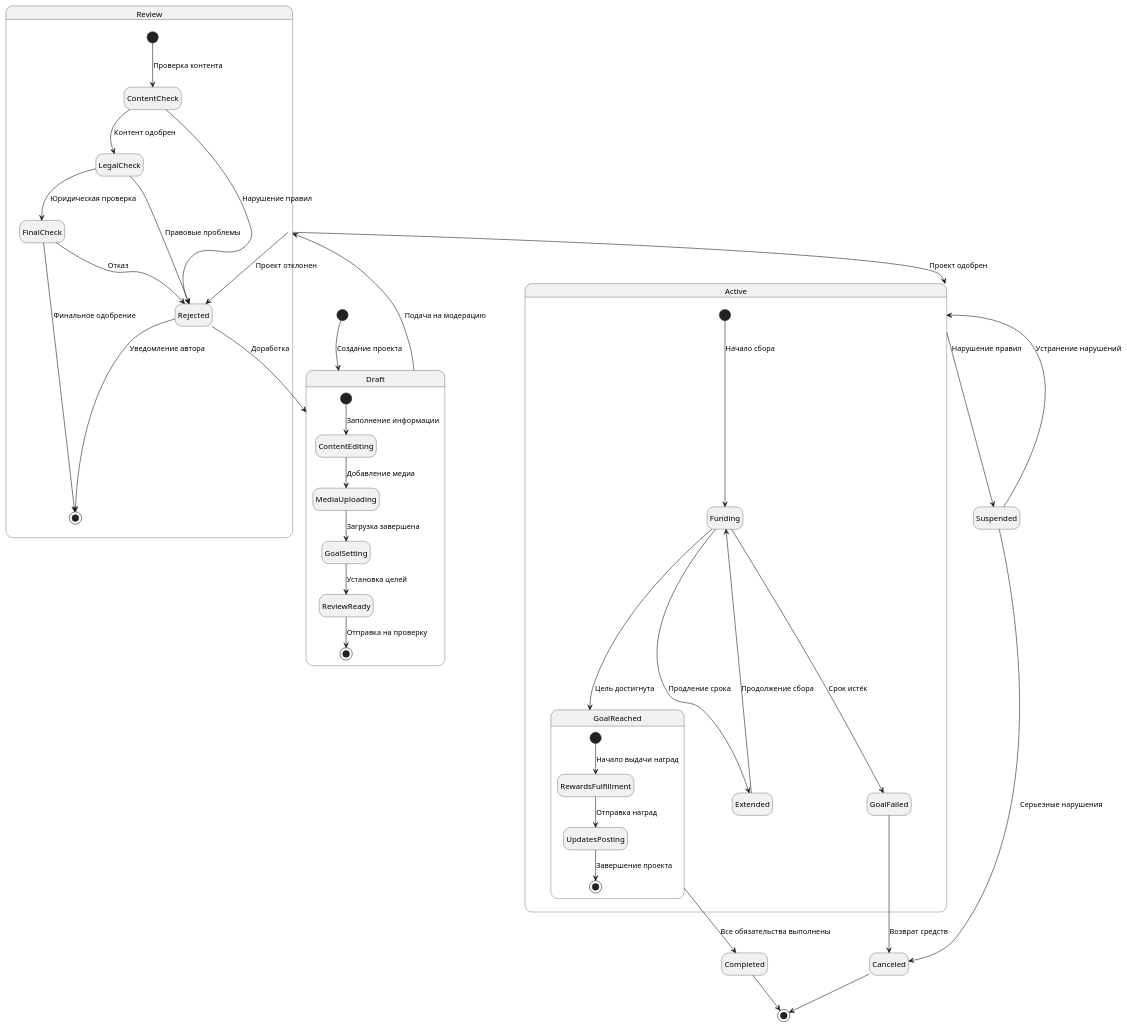
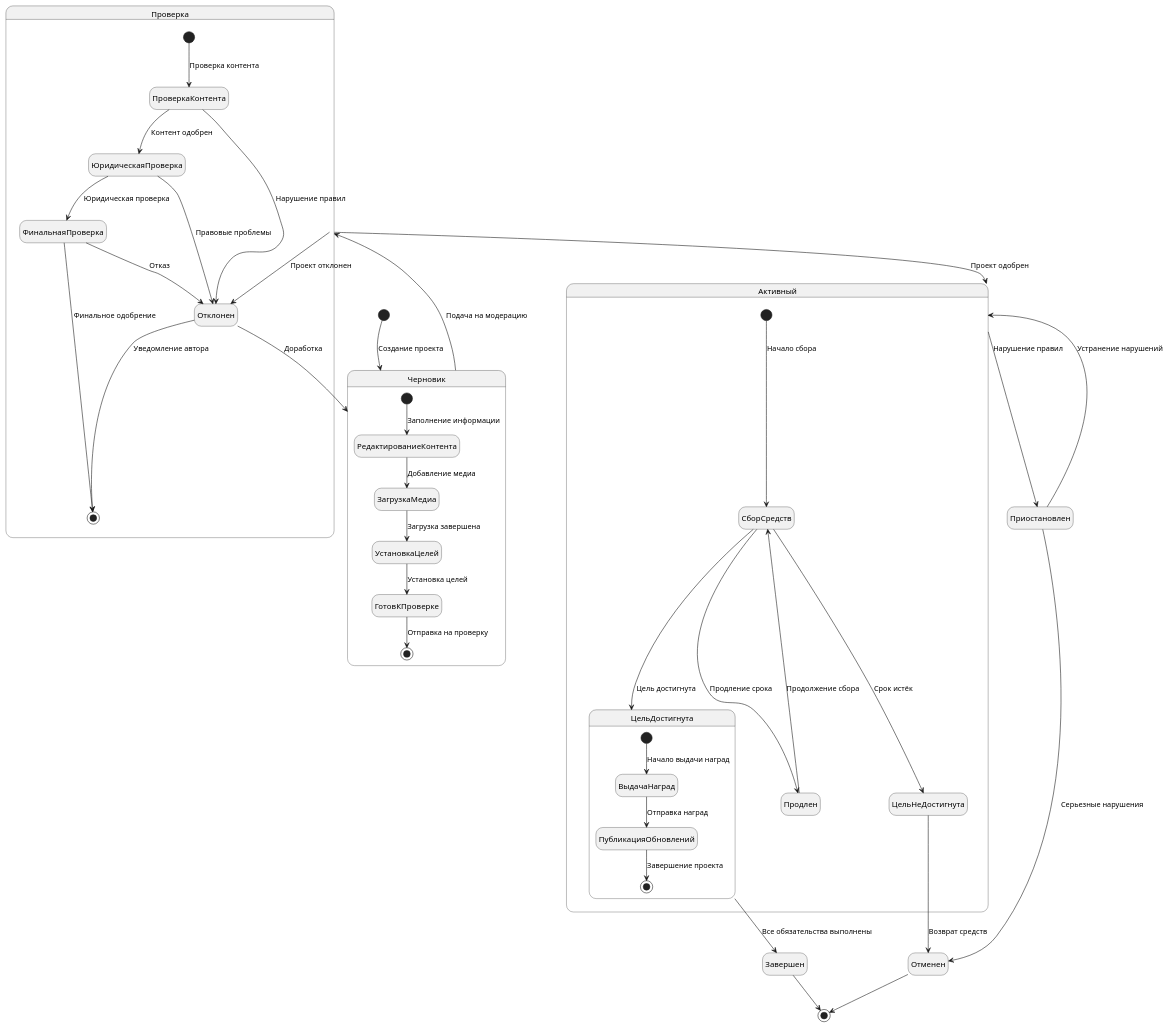
One commit to Dmksm/TRPO changed the diagram in project-doc/2. Технический проект/state.puml. Above: the diagram before and after it, drawn with PlantUML.

Commit message:
Исправил state

```diff
--- a/project-doc/2. Технический проект/state.puml
+++ b/project-doc/2. Технический проект/state.puml
@@ -1,56 +1,56 @@
 @startuml
 top to bottom direction
 hide empty description
 skinparam nodesep 65
 
-[*] --> Draft : Создание проекта
+[*] --> Черновик : Создание проекта
 
-state Draft {
-  [*] --> ContentEditing : Заполнение информации
-  ContentEditing --> MediaUploading : Добавление медиа
-  MediaUploading --> GoalSetting : Загрузка завершена
-  GoalSetting --> ReviewReady : Установка целей
-  ReviewReady --> [*] : Отправка на проверку
+state Черновик {
+  [*] --> РедактированиеКонтента : Заполнение информации
+  РедактированиеКонтента --> ЗагрузкаМедиа : Добавление медиа
+  ЗагрузкаМедиа --> УстановкаЦелей : Загрузка завершена
+  УстановкаЦелей --> ГотовКПроверке : Установка целей
+  ГотовКПроверке --> [*] : Отправка на проверку
 }
 
-Draft --> Review : Подача на модерацию
+Черновик --> Проверка : Подача на модерацию
 
-state Review {
-  [*] --> ContentCheck : Проверка контента
-  ContentCheck --> LegalCheck : Контент одобрен
-  LegalCheck --> FinalCheck : Юридическая проверка
-  ContentCheck --> Rejected : Нарушение правил
-  LegalCheck --> Rejected : Правовые проблемы
-  FinalCheck --> [*] : Финальное одобрение
-  FinalCheck --> Rejected : Отказ
-  Rejected --> [*] : Уведомление автора
+state Проверка {
+  [*] --> ПроверкаКонтента : Проверка контента
+  ПроверкаКонтента --> ЮридическаяПроверка : Контент одобрен
+  ЮридическаяПроверка --> ФинальнаяПроверка : Юридическая проверка
+  ПроверкаКонтента --> Отклонен : Нарушение правил
+  ЮридическаяПроверка --> Отклонен : Правовые проблемы
+  ФинальнаяПроверка --> [*] : Финальное одобрение
+  ФинальнаяПроверка --> Отклонен : Отказ
+  Отклонен --> [*] : Уведомление автора
 }
 
-Review --> Active : Проект одобрен
-Review --> Rejected : Проект отклонен
-Rejected --> Draft : Доработка
+Проверка --> Активный : Проект одобрен
+Проверка --> Отклонен : Проект отклонен
+Отклонен --> Черновик : Доработка
 
-state Active {
-  [*] --> Funding : Начало сбора
-  Funding --> Extended : Продление срока
-  Extended --> Funding : Продолжение сбора
-  Funding --> GoalReached : Цель достигнута
-  Funding --> GoalFailed : Срок истёк
+state Активный {
+  [*] --> СборСредств : Начало сбора
+  СборСредств --> Продлен : Продление срока
+  Продлен --> СборСредств : Продолжение сбора
+  СборСредств --> ЦельДостигнута : Цель достигнута
+  СборСредств --> ЦельНеДостигнута : Срок истёк
 }
 
-Active --> Suspended : Нарушение правил
-Suspended --> Active : Устранение нарушений
-Suspended --> Canceled : Серьезные нарушения
+Активный --> Приостановлен : Нарушение правил
+Приостановлен --> Активный : Устранение нарушений
+Приостановлен --> Отменен : Серьезные нарушения
 
-state GoalReached {
-  [*] --> RewardsFulfillment : Начало выдачи наград
-  RewardsFulfillment --> UpdatesPosting : Отправка наград
-  UpdatesPosting --> [*] : Завершение проекта
+state ЦельДостигнута {
+  [*] --> ВыдачаНаград : Начало выдачи наград
+  ВыдачаНаград --> ПубликацияОбновлений : Отправка наград
+  ПубликацияОбновлений --> [*] : Завершение проекта
 }
 
-GoalReached --> Completed : Все обязательства выполнены
-GoalFailed --> Canceled : Возврат средств
-Canceled --> [*]
-Completed --> [*]
+ЦельДостигнута --> Завершен : Все обязательства выполнены
+ЦельНеДостигнута --> Отменен : Возврат средств
+Отменен --> [*]
+Завершен --> [*]
 
 @enduml
```
